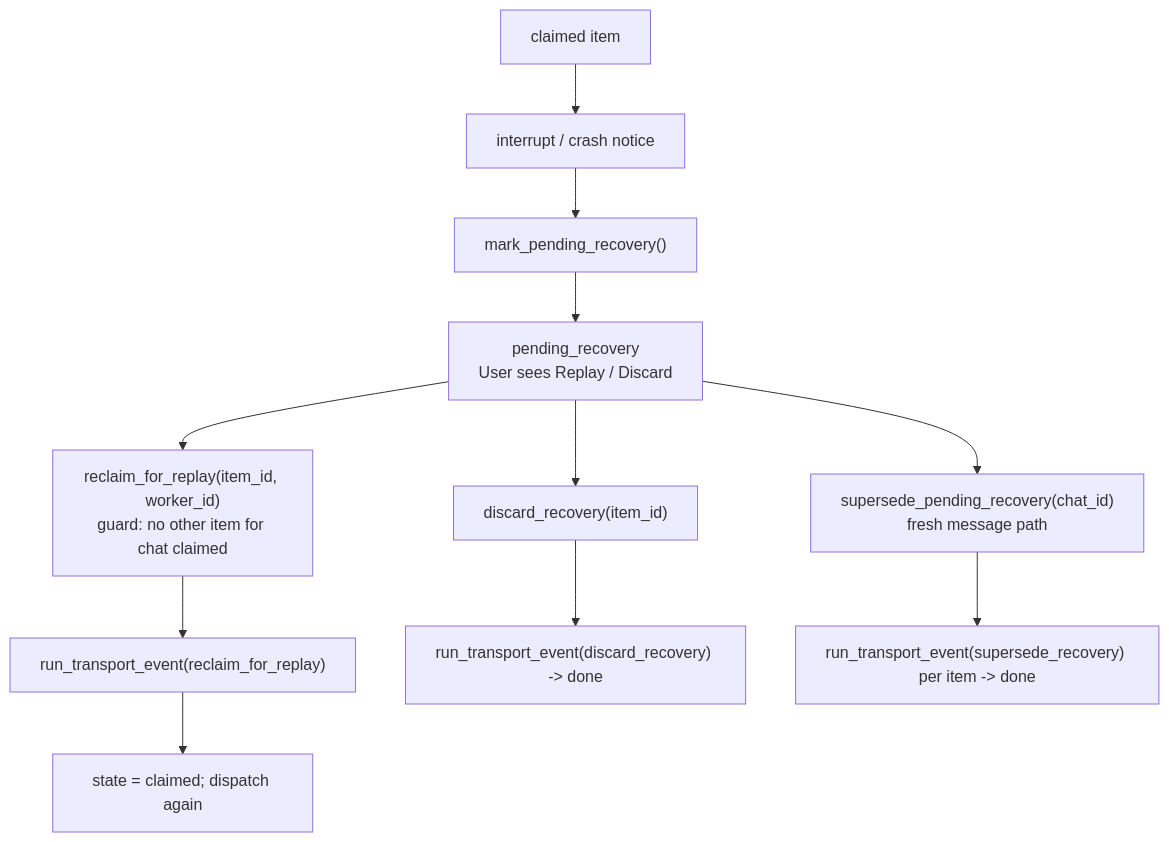
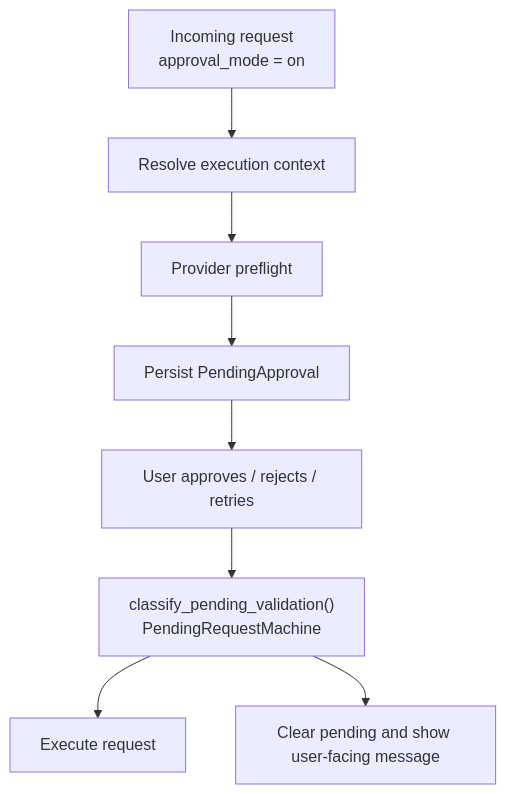
The fourth of 8 diagrams in docs/ARCHITECTURE.md (privacynow/octopus), drawn with Mermaid before and after one commit. The commit also changed other lines of this file and 2 other files, not shown here.

Commit message:
Refresh architecture and README docs

````diff
--- a/docs/ARCHITECTURE.md
+++ b/docs/ARCHITECTURE.md
@@ -889,13 +468,15 @@
 ```mermaid
 flowchart TD
-    C["claimed item"] --> INT["interrupt / crash notice"]
-    INT --> PR["mark_pending_recovery()"]
-    PR --> UX["pending_recovery<br/>User sees Replay / Discard"]
-    UX --> RR["reclaim_for_replay(item_id, worker_id)<br/>guard: no other item for chat claimed"]
-    RR --> RT["run_transport_event(reclaim_for_replay)"]
-    RT --> RC["state = claimed; dispatch again"]
-    UX --> DR["discard_recovery(item_id)"]
-    DR --> DD["run_transport_event(discard_recovery) -> done"]
-    UX --> SR["supersede_pending_recovery(chat_id)<br/>fresh message path"]
-    SR --> SD["run_transport_event(supersede_recovery) per item -> done"]
+    M["Incoming request<br/>approval_mode = on"]
+    C["Resolve execution context"]
+    PF["Provider preflight"]
+    PA["Persist PendingApproval"]
+    UX["User approves / rejects / retries"]
+    V["classify_pending_validation()<br/>PendingRequestMachine"]
+    EX["Execute request"]
+    CL["Clear pending and show user-facing message"]
+
+    M --> C --> PF --> PA --> UX --> V
+    V --> EX
+    V --> CL
 ```
````
